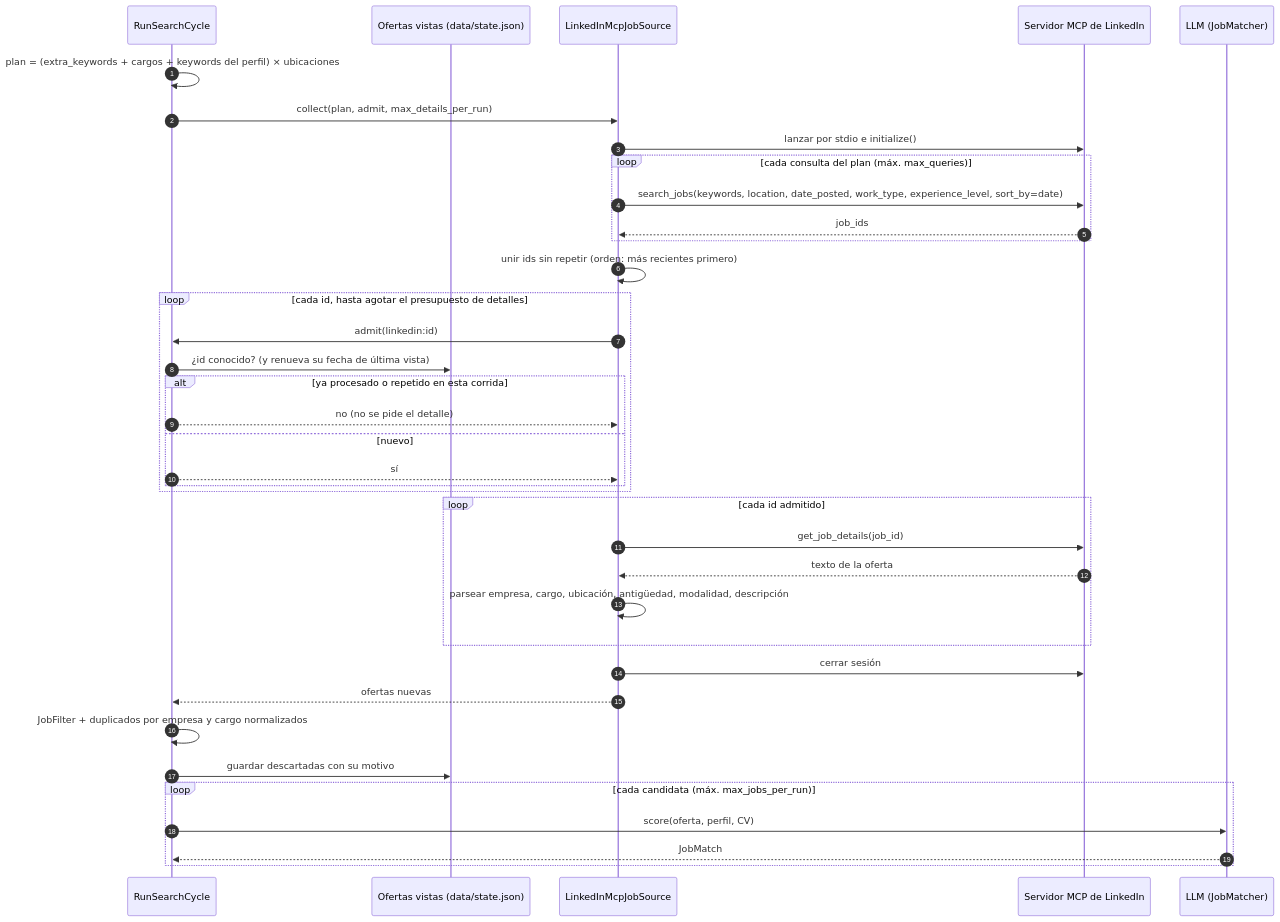
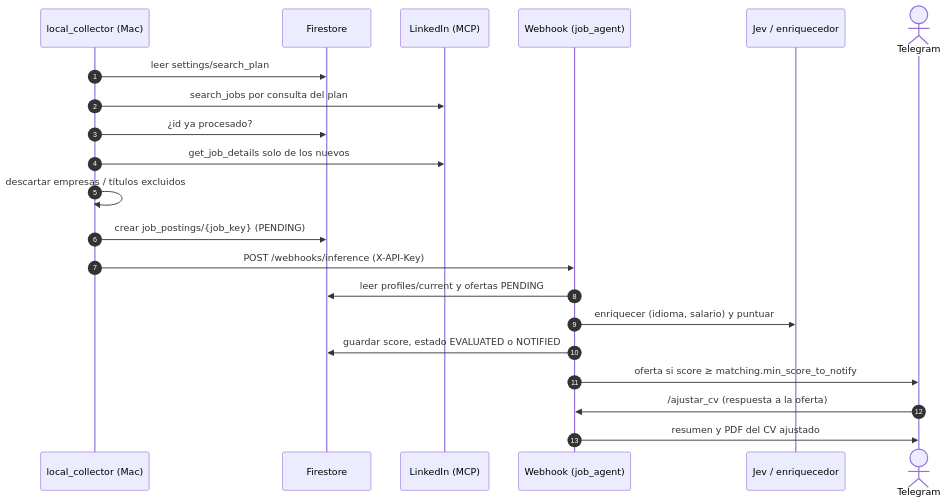
One commit to HugoTalledos/job-search changed the second of 2 diagrams in docs/arquitectura.md. Above: the diagram before and after it, drawn with Mermaid. The commit also changed other lines of this file and 12 other files, not shown here.

First line of the commit message:
Wire Telegram search preferences and migrate config

````diff
--- a/docs/arquitectura.md
+++ b/docs/arquitectura.md
@@ -216,40 +45,24 @@
 ```mermaid
 sequenceDiagram
     autonumber
-    participant RSC as RunSearchCycle
-    participant Seen as Ofertas vistas (data/state.json)
-    participant LI as LinkedInMcpJobSource
-    participant MCP as Servidor MCP de LinkedIn
-    participant Claude as LLM (JobMatcher)
+    participant Col as local_collector (Mac)
+    participant FS as Firestore
+    participant LI as LinkedIn (MCP)
+    participant WH as Webhook (job_agent)
+    participant Jev as Jev / enriquecedor
+    actor Yo as Telegram
 
-    RSC->>RSC: plan = (extra_keywords + cargos + keywords del perfil) × ubicaciones
-    RSC->>LI: collect(plan, admit, max_details_per_run)
-    LI->>MCP: lanzar por stdio e initialize()
-    loop cada consulta del plan (máx. max_queries)
-        LI->>MCP: search_jobs(keywords, location, date_posted, work_type, experience_level, sort_by=date)
-        MCP-->>LI: job_ids
-    end
-    LI->>LI: unir ids sin repetir (orden: más recientes primero)
-    loop cada id, hasta agotar el presupuesto de detalles
-        LI->>RSC: admit(linkedin:id)
-        RSC->>Seen: ¿id conocido? (y renueva su fecha de última vista)
-        alt ya procesado o repetido en esta corrida
-            RSC-->>LI: no (no se pide el detalle)
-        else nuevo
-            RSC-->>LI: sí
-        end
-    end
-    loop cada id admitido
-        LI->>MCP: get_job_details(job_id)
-        MCP-->>LI: texto de la oferta
-        LI->>LI: parsear empresa, cargo, ubicación, antigüedad, modalidad, descripción
-    end
-    LI->>MCP: cerrar sesión
-    LI-->>RSC: ofertas nuevas
-    RSC->>RSC: JobFilter + duplicados por empresa y cargo normalizados
-    RSC->>Seen: guardar descartadas con su motivo
-    loop cada candidata (máx. max_jobs_per_run)
-        RSC->>Claude: score(oferta, perfil, CV)
-        Claude-->>RSC: JobMatch
-    end
+    Col->>FS: leer settings/search_plan
+    Col->>LI: search_jobs por consulta del plan
+    Col->>FS: ¿id ya procesado?
+    Col->>LI: get_job_details solo de los nuevos
+    Col->>Col: descartar empresas / títulos excluidos
+    Col->>FS: crear job_postings/{job_key} (PENDING)
+    Col->>WH: POST /webhooks/inference (X-API-Key)
+    WH->>FS: leer profiles/current y ofertas PENDING
+    WH->>Jev: enriquecer (idioma, salario) y puntuar
+    WH->>FS: guardar score, estado EVALUATED o NOTIFIED
+    WH->>Yo: oferta si score ≥ matching.min_score_to_notify
+    Yo->>WH: /ajustar_cv (respuesta a la oferta)
+    WH->>Yo: resumen y PDF del CV ajustado
 ```
````
